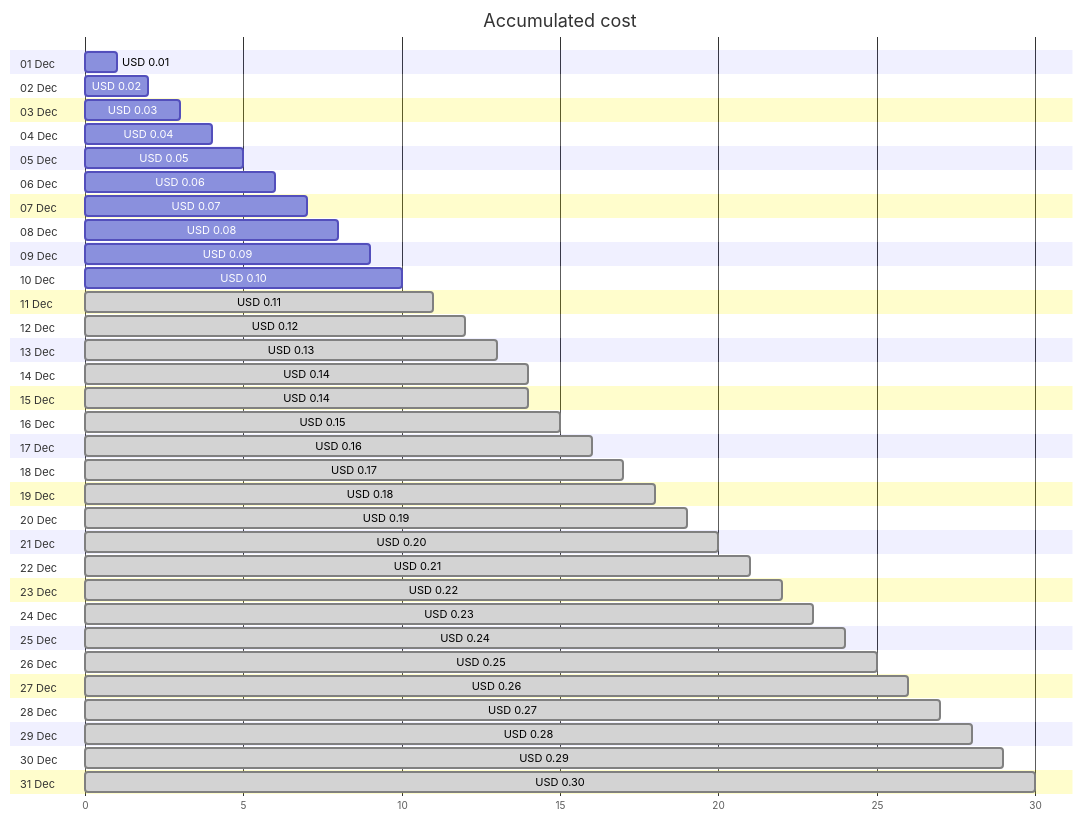
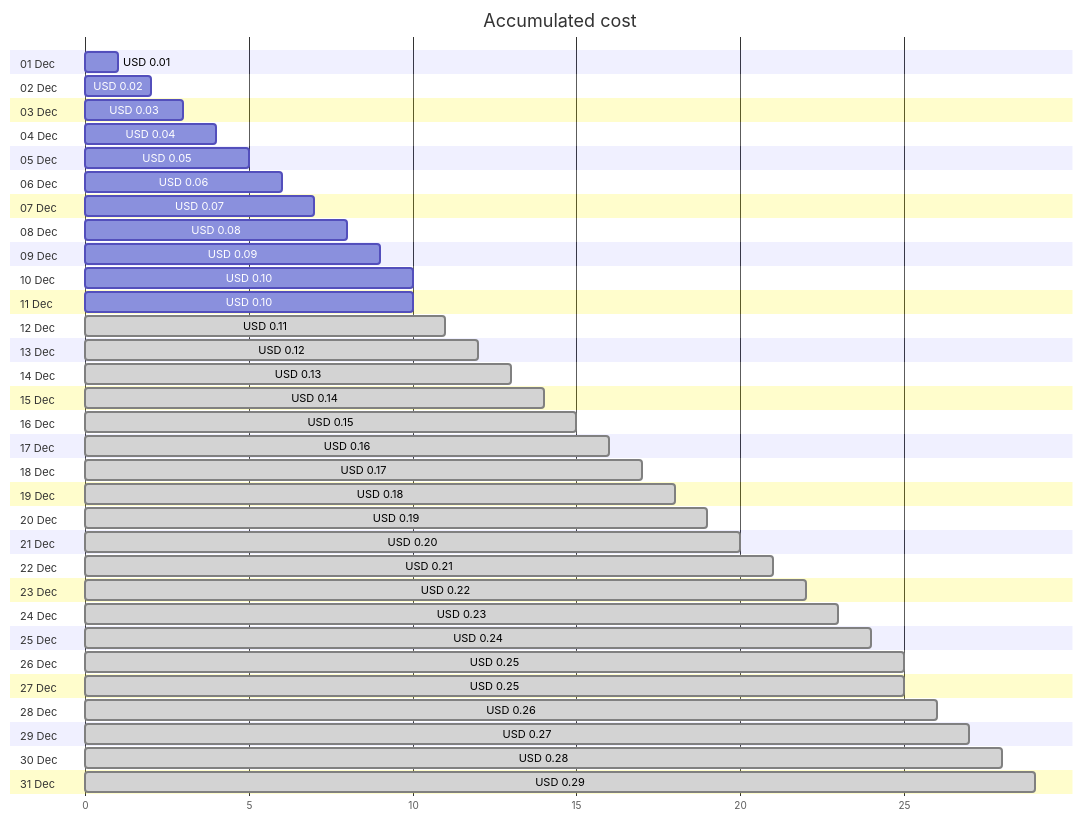
The first of 4 diagrams in cost-reports/cloud-shell-storage-eastus/README.md (jpfulton/azure-personal-reports), drawn with Mermaid before and after one commit. The commit also changed other lines of this file and 1 other file, not shown here.

````diff
--- a/cost-reports/cloud-shell-storage-eastus/README.md
+++ b/cost-reports/cloud-shell-storage-eastus/README.md
@@ -20,68 +20,68 @@
 ```mermaid
 gantt
    title Accumulated cost
    dateFormat  X
    axisFormat %s
    section 01 Dec
    USD 0.01 :0, 1
    section 02 Dec
    USD 0.02 :0, 2
    section 03 Dec
    USD 0.03 :0, 3
    section 04 Dec
    USD 0.04 :0, 4
    section 05 Dec
    USD 0.05 :0, 5
    section 06 Dec
    USD 0.06 :0, 6
    section 07 Dec
    USD 0.07 :0, 7
    section 08 Dec
    USD 0.08 :0, 8
    section 09 Dec
    USD 0.09 :0, 9
    section 10 Dec
    USD 0.10 :0, 10
    section 11 Dec
+   USD 0.10 :0, 10
+   section 12 Dec
    USD 0.11 : done, 0, 11
-   section 12 Dec
+   section 13 Dec
    USD 0.12 : done, 0, 12
-   section 13 Dec
+   section 14 Dec
    USD 0.13 : done, 0, 13
-   section 14 Dec
-   USD 0.14 : done, 0, 14
    section 15 Dec
    USD 0.14 : done, 0, 14
    section 16 Dec
    USD 0.15 : done, 0, 15
    section 17 Dec
    USD 0.16 : done, 0, 16
    section 18 Dec
    USD 0.17 : done, 0, 17
    section 19 Dec
    USD 0.18 : done, 0, 18
    section 20 Dec
    USD 0.19 : done, 0, 19
    section 21 Dec
    USD 0.20 : done, 0, 20
    section 22 Dec
    USD 0.21 : done, 0, 21
    section 23 Dec
    USD 0.22 : done, 0, 22
    section 24 Dec
    USD 0.23 : done, 0, 23
    section 25 Dec
    USD 0.24 : done, 0, 24
    section 26 Dec
    USD 0.25 : done, 0, 25
    section 27 Dec
+   USD 0.25 : done, 0, 25
+   section 28 Dec
    USD 0.26 : done, 0, 26
-   section 28 Dec
+   section 29 Dec
    USD 0.27 : done, 0, 27
-   section 29 Dec
+   section 30 Dec
    USD 0.28 : done, 0, 28
-   section 30 Dec
+   section 31 Dec
    USD 0.29 : done, 0, 29
-   section 31 Dec
-   USD 0.30 : done, 0, 30
 ```
````
